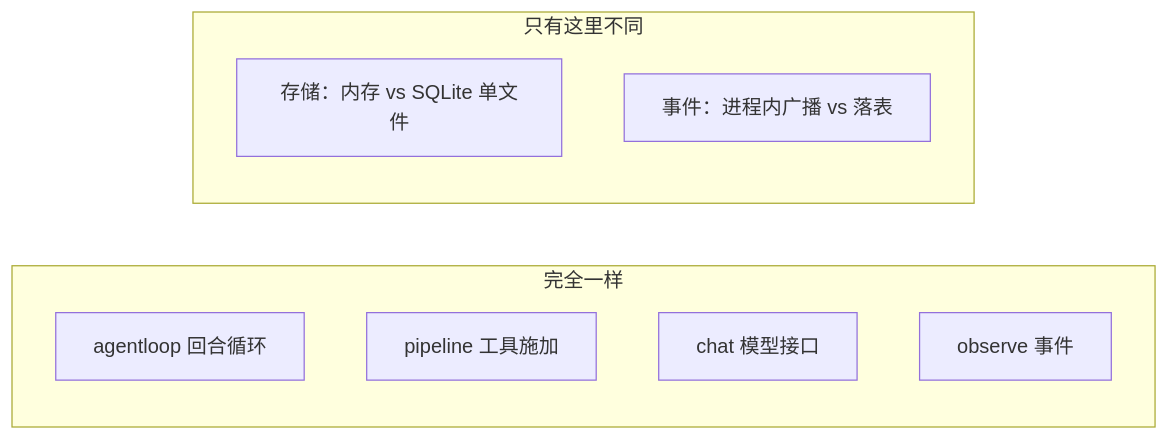
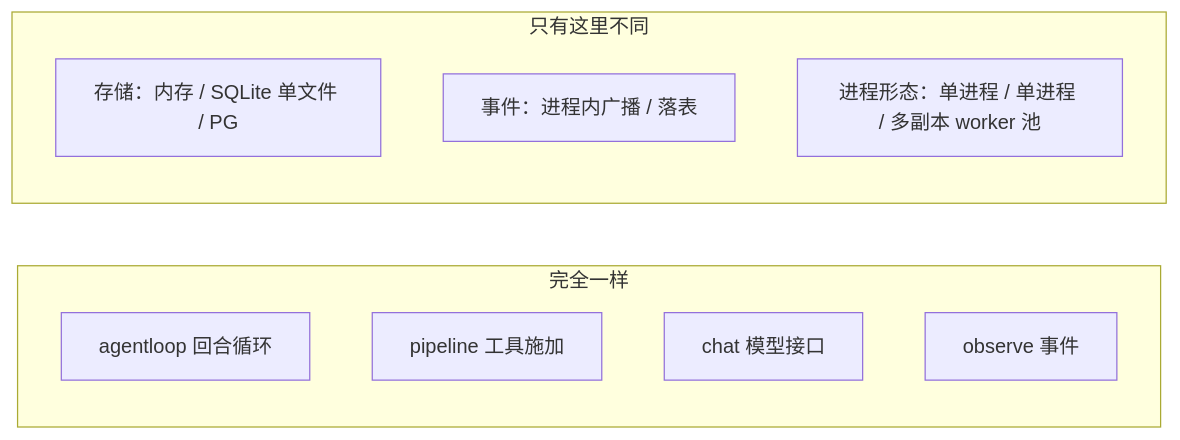
Before and after one commit to oagentkit/goagent-runtime: the second of 2 diagrams in site/src/templates/README.md, drawn with Mermaid. The commit also changed other lines of this file and 18 other files, not shown here.

````diff
--- a/site/src/templates/README.md
+++ b/site/src/templates/README.md
@@ -31,13 +36,14 @@
 ```mermaid
 flowchart LR
     subgraph 完全一样
         A["agentloop 回合循环"]
         B["pipeline 工具施加"]
         C["chat 模型接口"]
         D["observe 事件"]
     end
     subgraph 只有这里不同
-        E["存储：内存 vs SQLite 单文件"]
-        F["事件：进程内广播 vs 落表"]
+        E["存储：内存 / SQLite 单文件 / PG"]
+        F["事件：进程内广播 / 落表"]
+        G["进程形态：单进程 / 单进程 / 多副本 worker 池"]
     end
 ```
````
